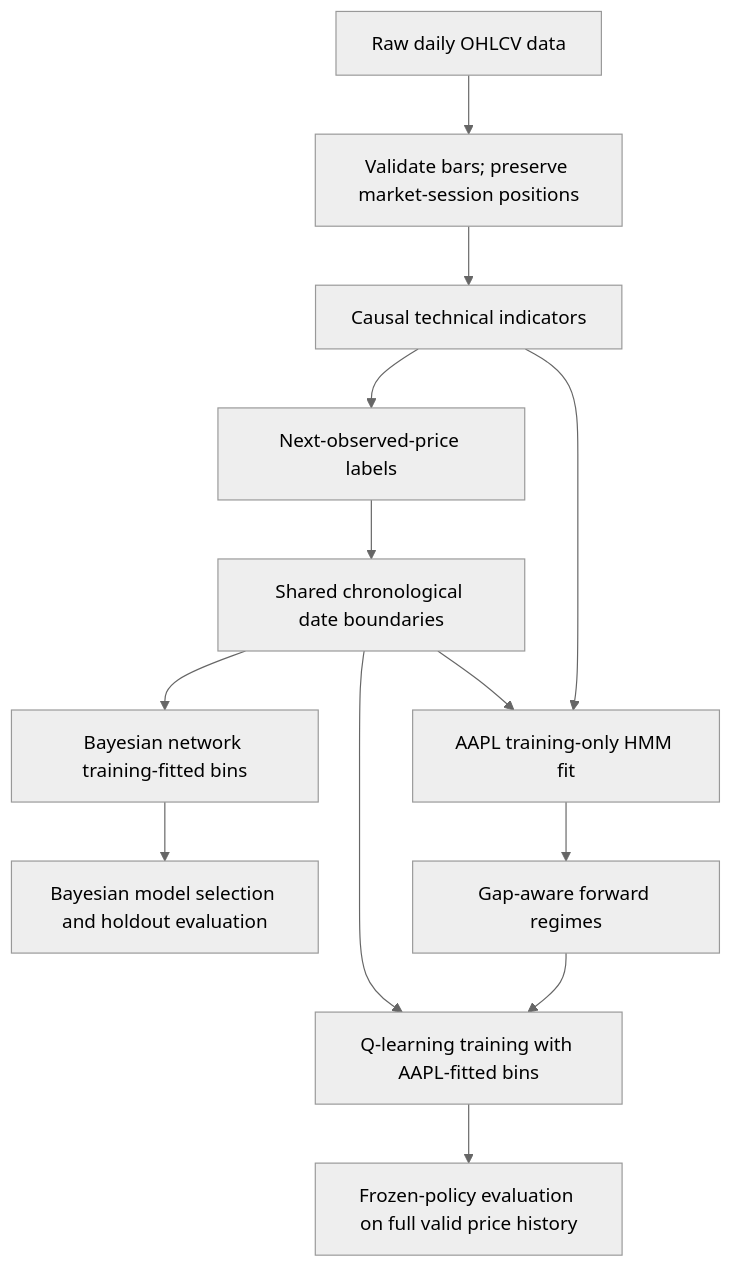
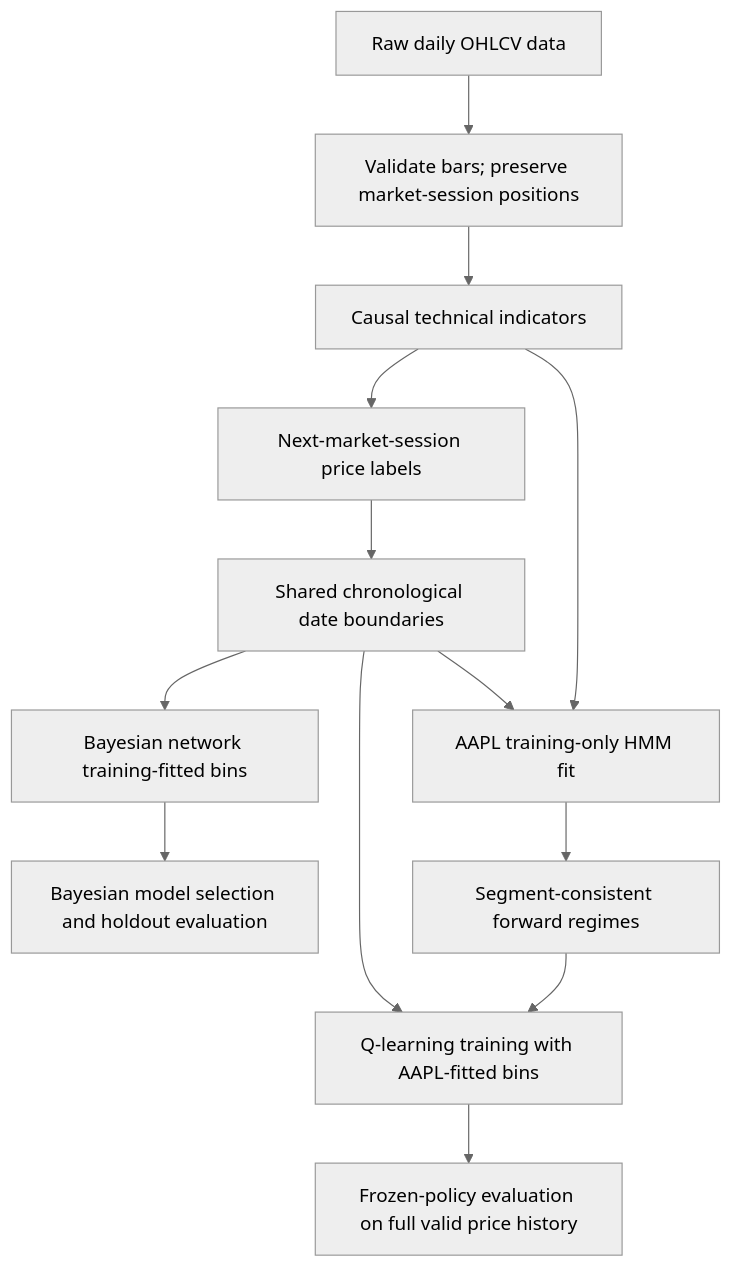
Before and after one commit to ryanrowe2/StockTradingAI-Project: the diagram in README.md, drawn with Mermaid (neutral theme). The commit also changed other lines of this file and 10 other files, not shown here.

Commit message:
Unify market sessions and correct next-session experiments

````diff
--- a/README.md
+++ b/README.md
@@ -22,15 +22,15 @@
 ```mermaid
 flowchart TD
     A["Raw daily OHLCV data"] --> B["Validate bars; preserve market-session positions"]
     B --> C["Causal technical indicators"]
-    C --> D["Next-observed-price labels"]
+    C --> D["Next-market-session price labels"]
     D --> E["Shared chronological date boundaries"]
     E --> F["Bayesian network training-fitted bins"]
     F --> G["Bayesian model selection and holdout evaluation"]
     C --> H["AAPL training-only HMM fit"]
     E --> H
-    H --> I["Gap-aware forward regimes"]
+    H --> I["Segment-consistent forward regimes"]
     I --> J["Q-learning training with AAPL-fitted bins"]
     E --> J
     J --> K["Frozen-policy evaluation on full valid price history"]
 ```
````
